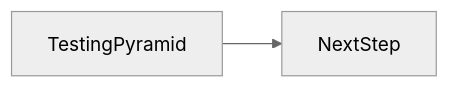
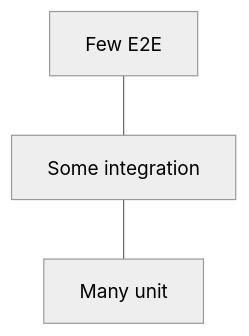
One commit to OmidJavaherii/Frontend-Engineering-Handbook changed the second of 2 diagrams in docs/en/16-testing/testing-pyramid/index.md. Above: the diagram before and after it, drawn with Mermaid (neutral theme). The commit also changed other lines of this file and 461 other files, not shown here.

````diff
--- a/docs/en/16-testing/testing-pyramid/index.md
+++ b/docs/en/16-testing/testing-pyramid/index.md
@@ -94,4 +107,7 @@
 ```mermaid
-flowchart LR
-  concept[TestingPyramid] --> nextStep[NextStep]
+flowchart TB
+  E2E[Few E2E]
+  INT[Some integration]
+  UNIT[Many unit]
+  E2E --- INT --- UNIT
 ```
````
